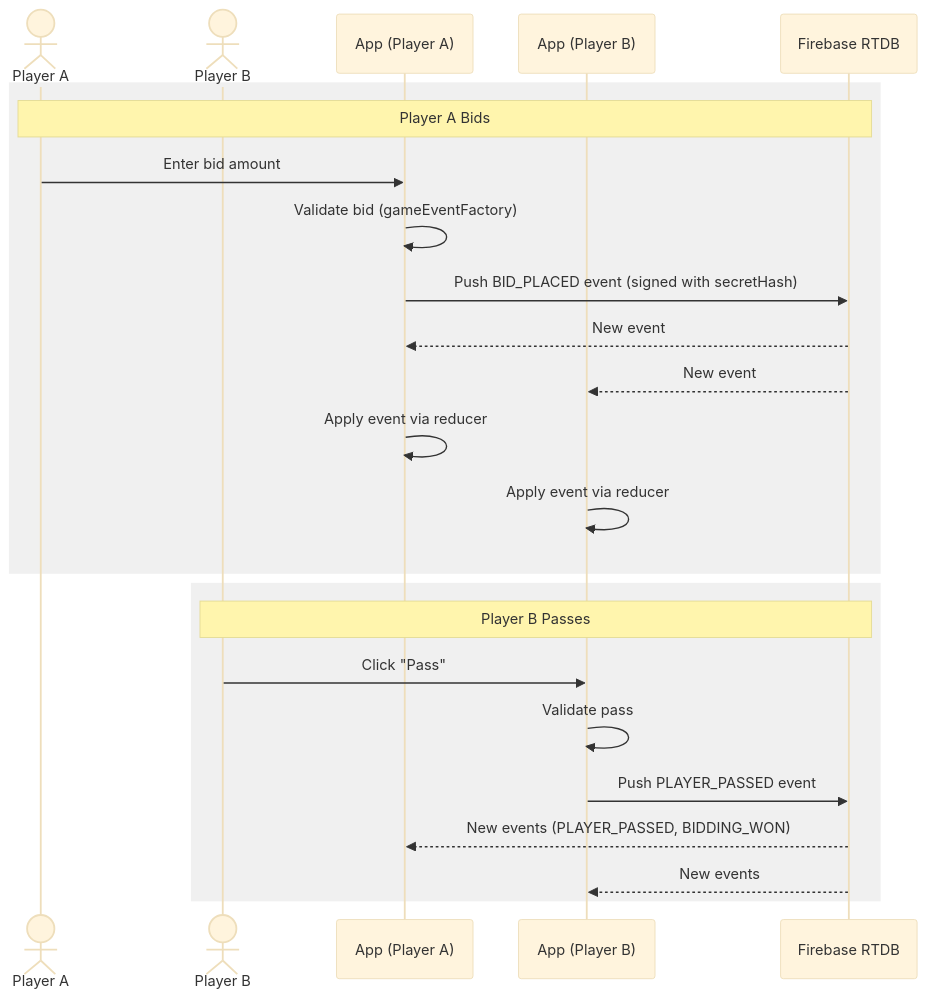
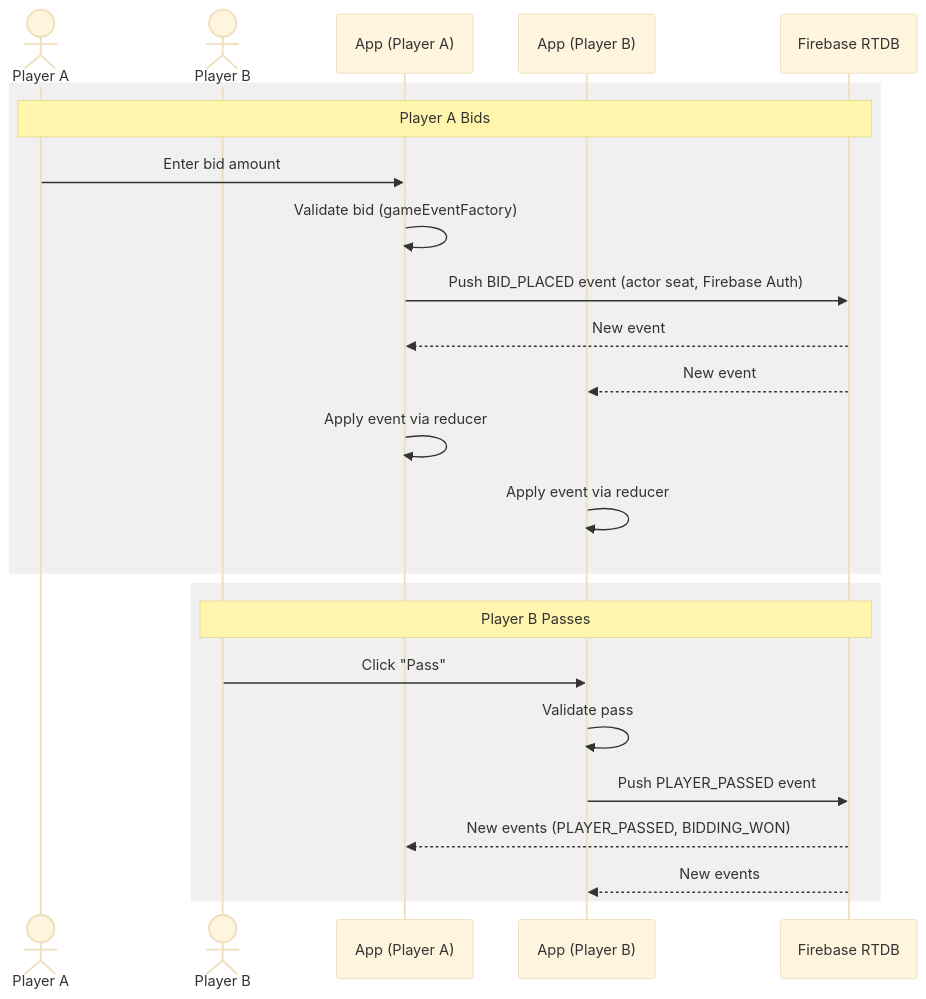
The second of 6 diagrams in docs/arc42/06-runtime-view.md (deglerj/dabb), drawn with Mermaid (base theme) before and after one commit. The commit also changed other lines of this file and 21 other files, not shown here.

Commit message:
feat(auth): secure event and AI transport

````diff
--- a/docs/arc42/06-runtime-view.md
+++ b/docs/arc42/06-runtime-view.md
@@ -37,28 +37,28 @@
 ```mermaid
 sequenceDiagram
     actor playerA as Player A
     actor playerB as Player B
     participant appA as App (Player A)
     participant appB as App (Player B)
     participant firebase as Firebase RTDB
 
     rect rgb(240, 240, 240)
         Note over playerA, firebase: Player A Bids
         playerA->>appA: Enter bid amount
         appA->>appA: Validate bid (gameEventFactory)
-        appA->>firebase: Push BID_PLACED event (signed with secretHash)
+        appA->>firebase: Push BID_PLACED event (actor seat, Firebase Auth)
         firebase-->>appA: New event
         firebase-->>appB: New event
         appA->>appA: Apply event via reducer
         appB->>appB: Apply event via reducer
     end
 
     rect rgb(240, 240, 240)
         Note over playerB, firebase: Player B Passes
         playerB->>appB: Click "Pass"
         appB->>appB: Validate pass
         appB->>firebase: Push PLAYER_PASSED event
         firebase-->>appA: New events (PLAYER_PASSED, BIDDING_WON)
         firebase-->>appB: New events
     end
 ```
````
